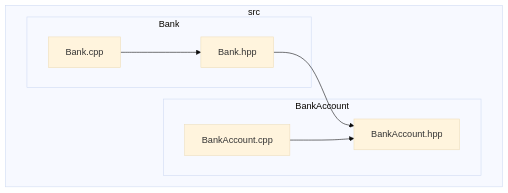
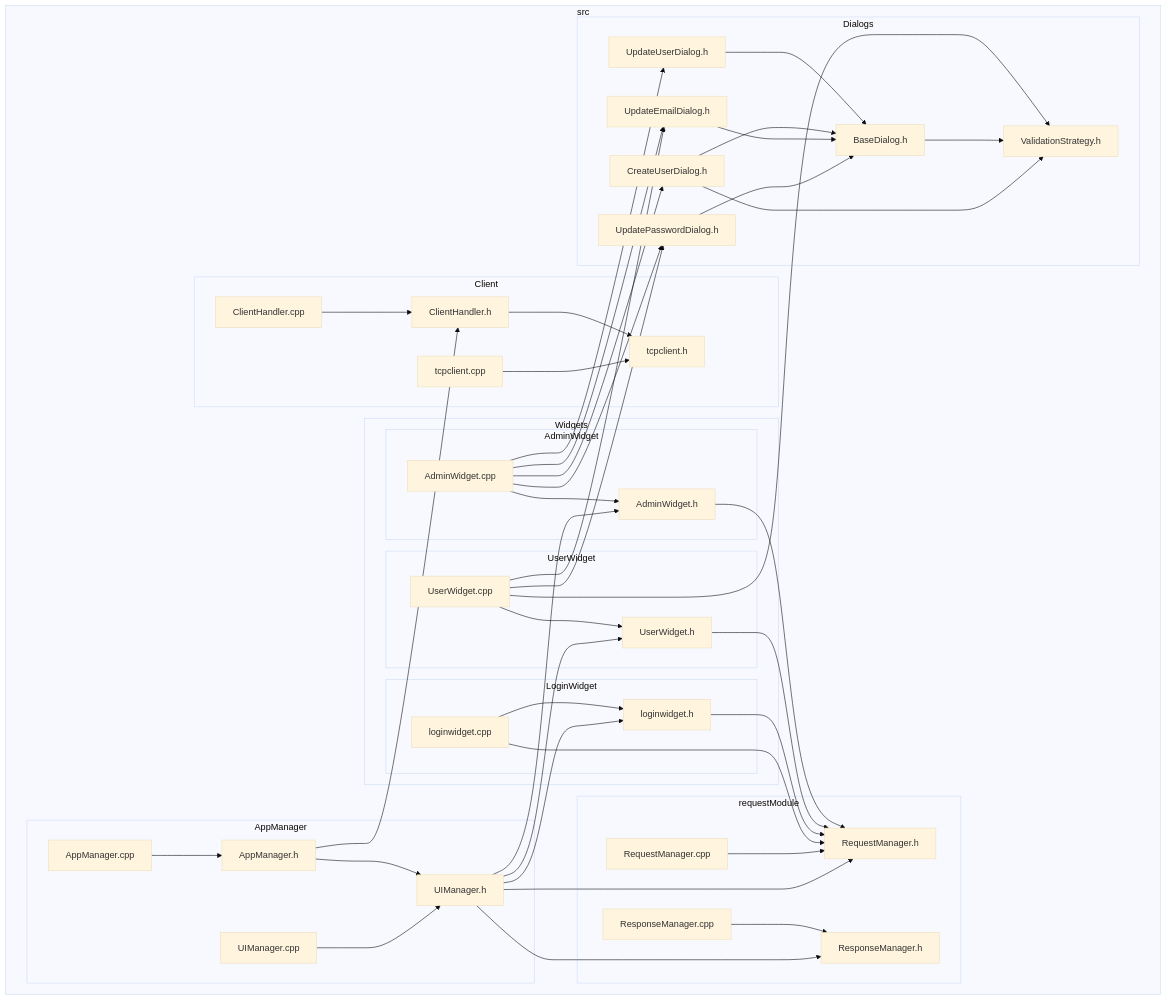
One commit to 7osssam/QT-Banking-System-Client changed the diagram in docs/diagrams/include_diagram.mmd. Above: the diagram before and after it, drawn with Mermaid (base theme). The commit also changed 11 other files, not shown here.

Commit message:
update system diagrams

```diff
--- a/docs/diagrams/include_diagram.mmd
+++ b/docs/diagrams/include_diagram.mmd
@@ -1,17 +1,80 @@
 flowchart
     subgraph C_0009392701334512935369[src]
-    subgraph C_0002394840416120061501[Bank]
-    C_0000529258628623449314[Bank.cpp]
-    C_0004959706648474708623[Bank.hpp]
+    subgraph C_0014176827974556851772[Widgets]
+    subgraph C_0010347011073788372111[AdminWidget]
+    C_0008309121906808763839[AdminWidget.cpp]
+    C_0004140566297497285282[AdminWidget.h]
     end
-    subgraph C_0001617240256891923844[BankAccount]
-    C_0001999126956856393903[BankAccount.hpp]
-    C_0016260587715478220546[BankAccount.cpp]
+    subgraph C_0009763794611585888067[UserWidget]
+    C_0012950180607479447001[UserWidget.cpp]
+    C_0000372268219133550912[UserWidget.h]
+    end
+    subgraph C_0013767205248218814589[LoginWidget]
+    C_0008799684567918779338[loginwidget.h]
+    C_0009177402481112612119[loginwidget.cpp]
     end
     end
-    C_0000529258628623449314 --> C_0004959706648474708623
-    C_0004959706648474708623 --> C_0001999126956856393903
-    C_0016260587715478220546 --> C_0001999126956856393903
+    subgraph C_0007249139127462911352[requestModule]
+    C_0004662975987075955962[RequestManager.h]
+    C_0003243005645601454693[ResponseManager.cpp]
+    C_0015076305304167085100[ResponseManager.h]
+    C_0015680580263724453319[RequestManager.cpp]
+    end
+    subgraph C_0017470984763561192632[Dialogs]
+    C_0001470670052551214060[UpdateUserDialog.h]
+    C_0006158485752258116163[BaseDialog.h]
+    C_0011846255136749913892[ValidationStrategy.h]
+    C_0012440556589828314473[CreateUserDialog.h]
+    C_0017300576026206201541[UpdateEmailDialog.h]
+    C_0004730930078247147942[UpdatePasswordDialog.h]
+    end
+    subgraph C_0011121512235108805536[Client]
+    C_0000111696680446229526[ClientHandler.cpp]
+    C_0009648727152734889675[ClientHandler.h]
+    C_0010393880033178359530[tcpclient.h]
+    C_0015098463031054547511[tcpclient.cpp]
+    end
+    subgraph C_0011206568869901917921[AppManager]
+    C_0001125553280068348594[AppManager.cpp]
+    C_0011700575639516634919[AppManager.h]
+    C_0012805618584828466530[UIManager.h]
+    C_0016387530051960150143[UIManager.cpp]
+    end
+    end
+    C_0008309121906808763839 --> C_0004140566297497285282
+    C_0008309121906808763839 --> C_0001470670052551214060
+    C_0008309121906808763839 --> C_0012440556589828314473
+    C_0008309121906808763839 --> C_0017300576026206201541
+    C_0008309121906808763839 --> C_0004730930078247147942
+    C_0004140566297497285282 --> C_0004662975987075955962
+    C_0012950180607479447001 --> C_0000372268219133550912
+    C_0012950180607479447001 --> C_0017300576026206201541
+    C_0012950180607479447001 --> C_0004730930078247147942
+    C_0012950180607479447001 --> C_0011846255136749913892
+    C_0000372268219133550912 --> C_0004662975987075955962
+    C_0008799684567918779338 --> C_0004662975987075955962
+    C_0009177402481112612119 --> C_0008799684567918779338
+    C_0009177402481112612119 --> C_0004662975987075955962
+    C_0003243005645601454693 --> C_0015076305304167085100
+    C_0015680580263724453319 --> C_0004662975987075955962
+    C_0001470670052551214060 --> C_0006158485752258116163
+    C_0006158485752258116163 --> C_0011846255136749913892
+    C_0012440556589828314473 --> C_0006158485752258116163
+    C_0012440556589828314473 --> C_0011846255136749913892
+    C_0017300576026206201541 --> C_0006158485752258116163
+    C_0004730930078247147942 --> C_0006158485752258116163
+    C_0000111696680446229526 --> C_0009648727152734889675
+    C_0009648727152734889675 --> C_0010393880033178359530
+    C_0015098463031054547511 --> C_0010393880033178359530
+    C_0001125553280068348594 --> C_0011700575639516634919
+    C_0011700575639516634919 --> C_0012805618584828466530
+    C_0011700575639516634919 --> C_0009648727152734889675
+    C_0012805618584828466530 --> C_0008799684567918779338
+    C_0012805618584828466530 --> C_0004140566297497285282
+    C_0012805618584828466530 --> C_0000372268219133550912
+    C_0012805618584828466530 --> C_0004662975987075955962
+    C_0012805618584828466530 --> C_0015076305304167085100
+    C_0016387530051960150143 --> C_0012805618584828466530
 
 %% Generated with clang-uml, version 0.5.3
 %% LLVM version clang version 18.1.1 (https://github.com/llvm/llvm-project.git dba2a75e9c7ef81fe84774ba5eee5e67e01d801a)
```
